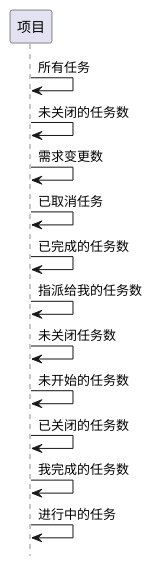
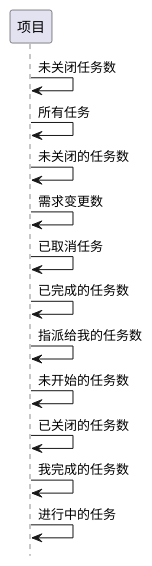
One commit to goblinln/iBizPMS changed the sixth of 8 diagrams in ibizpms-docs/src/main/doc/v1/module/zentao/Project_old.md. Above: the diagram before and after it, drawn with PlantUML. The commit also changed other lines of this file and 230 other files, not shown here.

```diff
--- a/ibizpms-docs/src/main/doc/v1/module/zentao/Project_old.md
+++ b/ibizpms-docs/src/main/doc/v1/module/zentao/Project_old.md
@@ -353,15 +353,15 @@
 {% plantuml %}
 hide footbox
 
+项目 -> 项目: 未关闭任务数
 项目 -> 项目: 所有任务
 项目 -> 项目: 未关闭的任务数
 项目 -> 项目: 需求变更数
 项目 -> 项目: 已取消任务
 项目 -> 项目: 已完成的任务数
 项目 -> 项目: 指派给我的任务数
-项目 -> 项目: 未关闭任务数
 项目 -> 项目: 未开始的任务数
 项目 -> 项目: 已关闭的任务数
 项目 -> 项目: 我完成的任务数
 项目 -> 项目: 进行中的任务
 {% endplantuml %}
```
